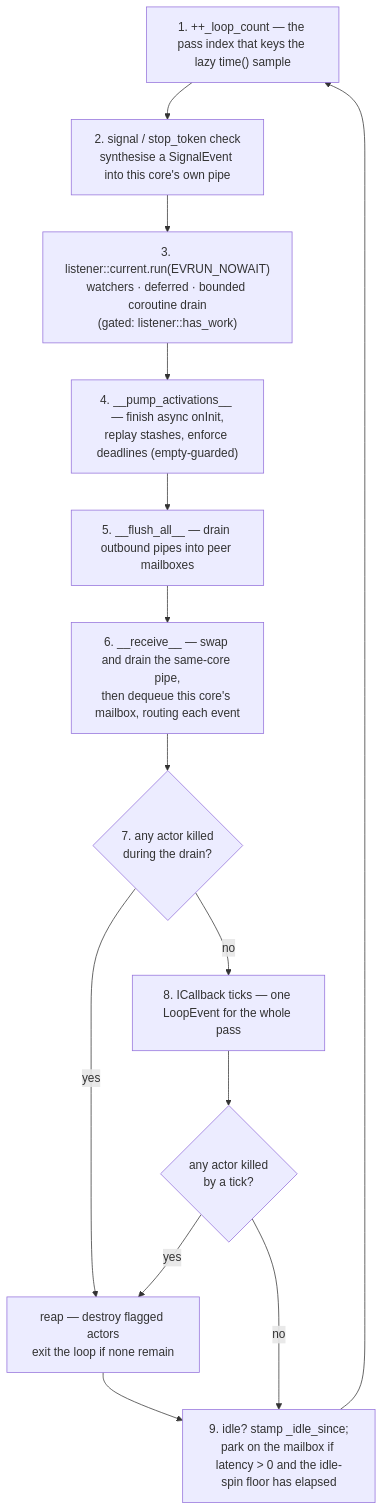
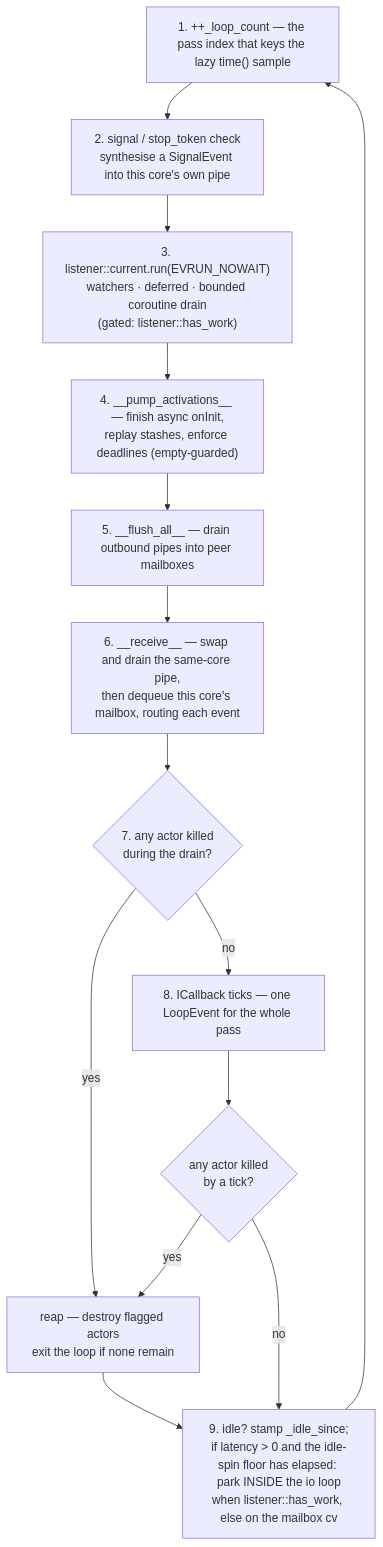
One commit to isndev/qb changed the second of 3 diagrams in readme/4_qb_core/engine.md. Above: the diagram before and after it, drawn with Mermaid. The commit also changed other lines of this file and 44 other files, not shown here.

````diff
--- a/readme/4_qb_core/engine.md
+++ b/readme/4_qb_core/engine.md
@@ -197,16 +204,16 @@
 ```mermaid
 flowchart TD
     T["1. ++_loop_count — the pass index that keys the lazy time() sample"] --> S
     S["2. signal / stop_token check<br/>synthesise a SignalEvent into this core's own pipe"] --> IO
     IO["3. listener::current.run(EVRUN_NOWAIT)<br/>watchers · deferred · bounded coroutine drain<br/>(gated: listener::has_work)"] --> ACT
     ACT["4. __pump_activations__ — finish async onInit,<br/>replay stashes, enforce deadlines (empty-guarded)"] --> FL
     FL["5. __flush_all__ — drain outbound pipes into peer mailboxes"] --> RC
     RC["6. __receive__ — swap and drain the same-core pipe,<br/>then dequeue this core's mailbox, routing each event"] --> K1
     K1{"7. any actor killed<br/>during the drain?"} -->|yes| REAP
     K1 -->|no| CB
     CB["8. ICallback ticks — one LoopEvent for the whole pass"] --> K2
     K2{"any actor killed<br/>by a tick?"} -->|yes| REAP
     K2 -->|no| IDLE
     REAP["reap — destroy flagged actors<br/>exit the loop if none remain"] --> IDLE
-    IDLE["9. idle? stamp _idle_since;<br/>park on the mailbox if latency &gt; 0 and the idle-spin floor has elapsed"] --> T
+    IDLE["9. idle? stamp _idle_since;<br/>if latency &gt; 0 and the idle-spin floor has elapsed: park INSIDE the io loop<br/>when listener::has_work, else on the mailbox cv"] --> T
 ```
````
